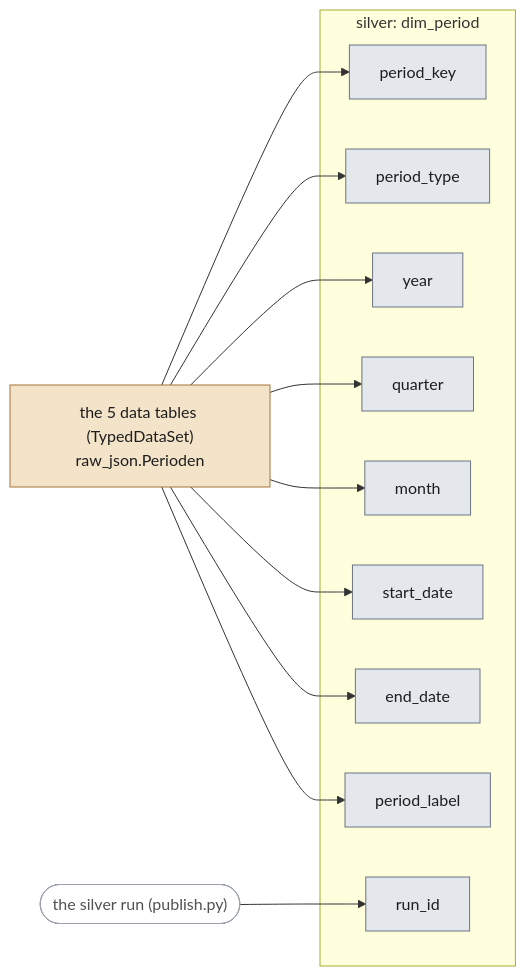
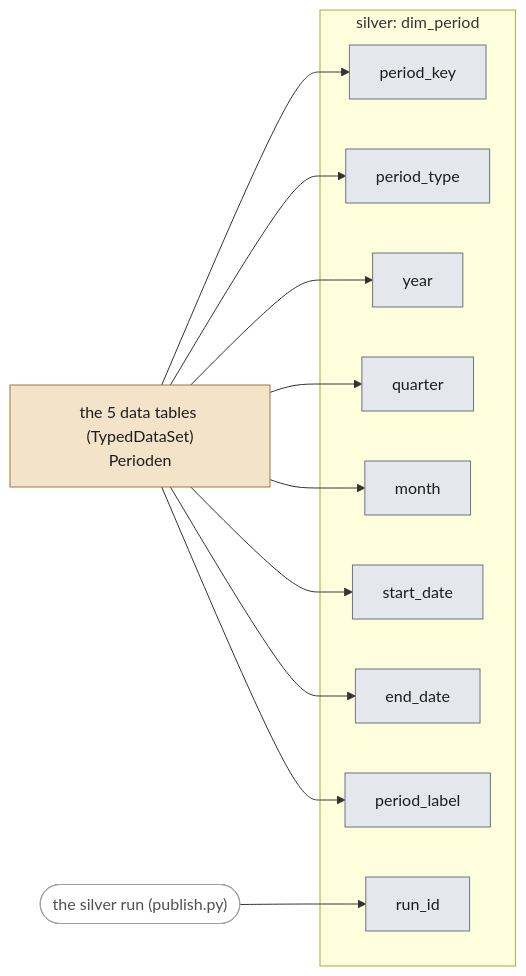
The fifth of 13 diagrams in docs/lineage.md (stefancodecommit/AOV_Lakehouse), drawn with Mermaid before and after one commit. The commit also changed other lines of this file and 12 other files, not shown here.

First line of the commit message:
Structured CBS bronze: a column per field next to raw_json

````diff
--- a/docs/lineage.md
+++ b/docs/lineage.md
@@ -249,29 +249,29 @@
 ```mermaid
 flowchart LR
-  n_src_80072ned_typeddataset_81589ned_typeddataset_81644ned_typeddataset_83130ned_typeddataset_86009ned_typeddataset_raw_json_Perioden["the 5 data tables (TypedDataSet)<br/>raw_json.Perioden"]:::bronze
+  n_src_80072ned_typeddataset_81589ned_typeddataset_81644ned_typeddataset_83130ned_typeddataset_86009ned_typeddataset_Perioden["the 5 data tables (TypedDataSet)<br/>Perioden"]:::bronze
   run(["the silver run (publish.py)"]):::run
   subgraph n_tbl_dim_period["silver: dim_period"]
     n_col_period_key["period_key"]:::silver
     n_col_period_type["period_type"]:::silver
     n_col_year["year"]:::silver
     n_col_quarter["quarter"]:::silver
     n_col_month["month"]:::silver
     n_col_start_date["start_date"]:::silver
     n_col_end_date["end_date"]:::silver
     n_col_period_label["period_label"]:::silver
     n_col_run_id["run_id"]:::silver
   end
-  n_src_80072ned_typeddataset_81589ned_typeddataset_81644ned_typeddataset_83130ned_typeddataset_86009ned_typeddataset_raw_json_Perioden --> n_col_period_key
-  n_src_80072ned_typeddataset_81589ned_typeddataset_81644ned_typeddataset_83130ned_typeddataset_86009ned_typeddataset_raw_json_Perioden --> n_col_period_type
-  n_src_80072ned_typeddataset_81589ned_typeddataset_81644ned_typeddataset_83130ned_typeddataset_86009ned_typeddataset_raw_json_Perioden --> n_col_year
-  n_src_80072ned_typeddataset_81589ned_typeddataset_81644ned_typeddataset_83130ned_typeddataset_86009ned_typeddataset_raw_json_Perioden --> n_col_quarter
-  n_src_80072ned_typeddataset_81589ned_typeddataset_81644ned_typeddataset_83130ned_typeddataset_86009ned_typeddataset_raw_json_Perioden --> n_col_month
-  n_src_80072ned_typeddataset_81589ned_typeddataset_81644ned_typeddataset_83130ned_typeddataset_86009ned_typeddataset_raw_json_Perioden --> n_col_start_date
-  n_src_80072ned_typeddataset_81589ned_typeddataset_81644ned_typeddataset_83130ned_typeddataset_86009ned_typeddataset_raw_json_Perioden --> n_col_end_date
-  n_src_80072ned_typeddataset_81589ned_typeddataset_81644ned_typeddataset_83130ned_typeddataset_86009ned_typeddataset_raw_json_Perioden --> n_col_period_label
+  n_src_80072ned_typeddataset_81589ned_typeddataset_81644ned_typeddataset_83130ned_typeddataset_86009ned_typeddataset_Perioden --> n_col_period_key
+  n_src_80072ned_typeddataset_81589ned_typeddataset_81644ned_typeddataset_83130ned_typeddataset_86009ned_typeddataset_Perioden --> n_col_period_type
+  n_src_80072ned_typeddataset_81589ned_typeddataset_81644ned_typeddataset_83130ned_typeddataset_86009ned_typeddataset_Perioden --> n_col_year
+  n_src_80072ned_typeddataset_81589ned_typeddataset_81644ned_typeddataset_83130ned_typeddataset_86009ned_typeddataset_Perioden --> n_col_quarter
+  n_src_80072ned_typeddataset_81589ned_typeddataset_81644ned_typeddataset_83130ned_typeddataset_86009ned_typeddataset_Perioden --> n_col_month
+  n_src_80072ned_typeddataset_81589ned_typeddataset_81644ned_typeddataset_83130ned_typeddataset_86009ned_typeddataset_Perioden --> n_col_start_date
+  n_src_80072ned_typeddataset_81589ned_typeddataset_81644ned_typeddataset_83130ned_typeddataset_86009ned_typeddataset_Perioden --> n_col_end_date
+  n_src_80072ned_typeddataset_81589ned_typeddataset_81644ned_typeddataset_83130ned_typeddataset_86009ned_typeddataset_Perioden --> n_col_period_label
   run --> n_col_run_id
   classDef bronze fill:#f3e3c9,stroke:#a8743a,color:#1d1d1d
   classDef silver fill:#e4e7ec,stroke:#6b7480,color:#1d1d1d
   classDef silverref fill:#f2f3f5,stroke:#9aa1ab,stroke-dasharray:4 3,color:#1d1d1d
   classDef run fill:#ffffff,stroke:#9aa1ab,color:#52514e
 ```
````
